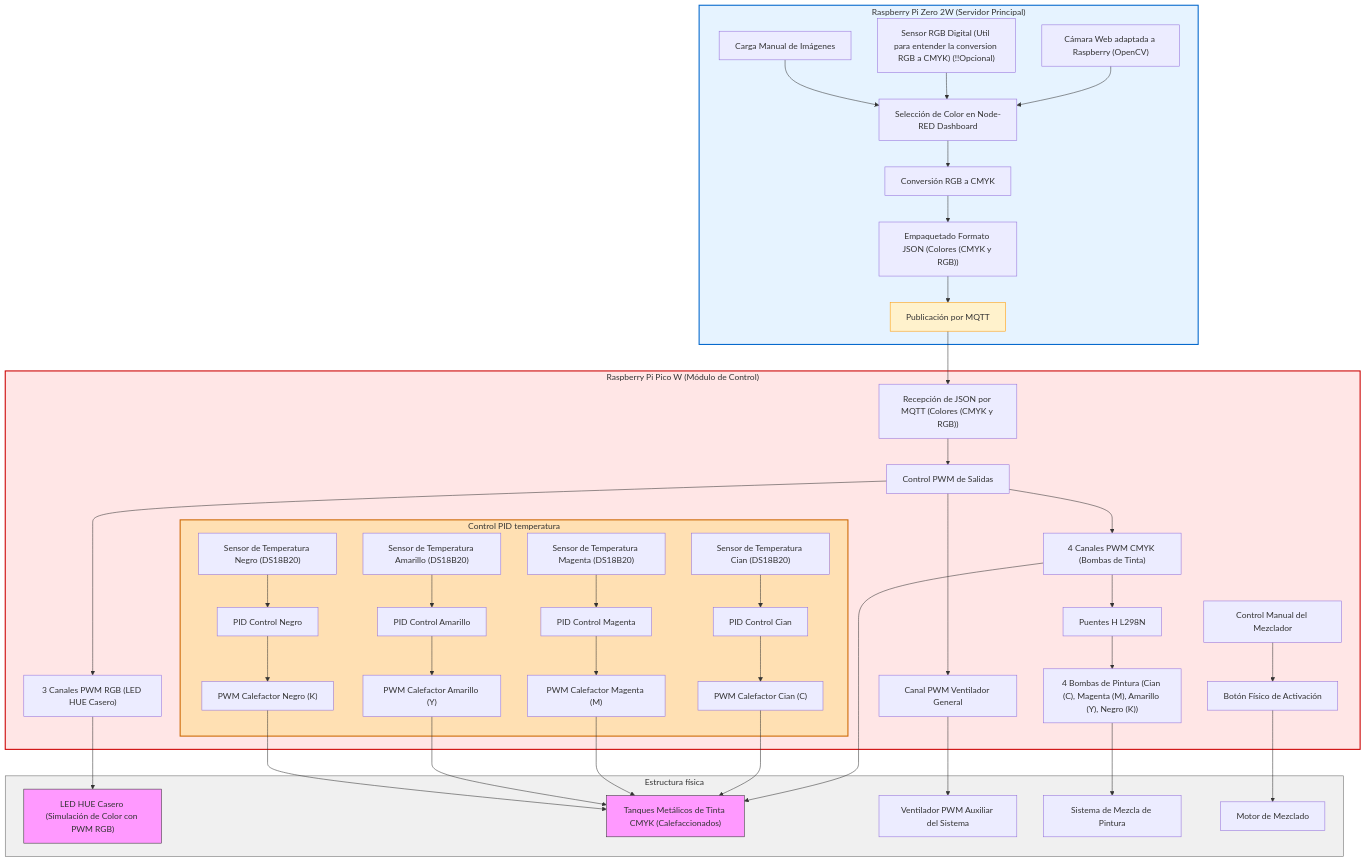
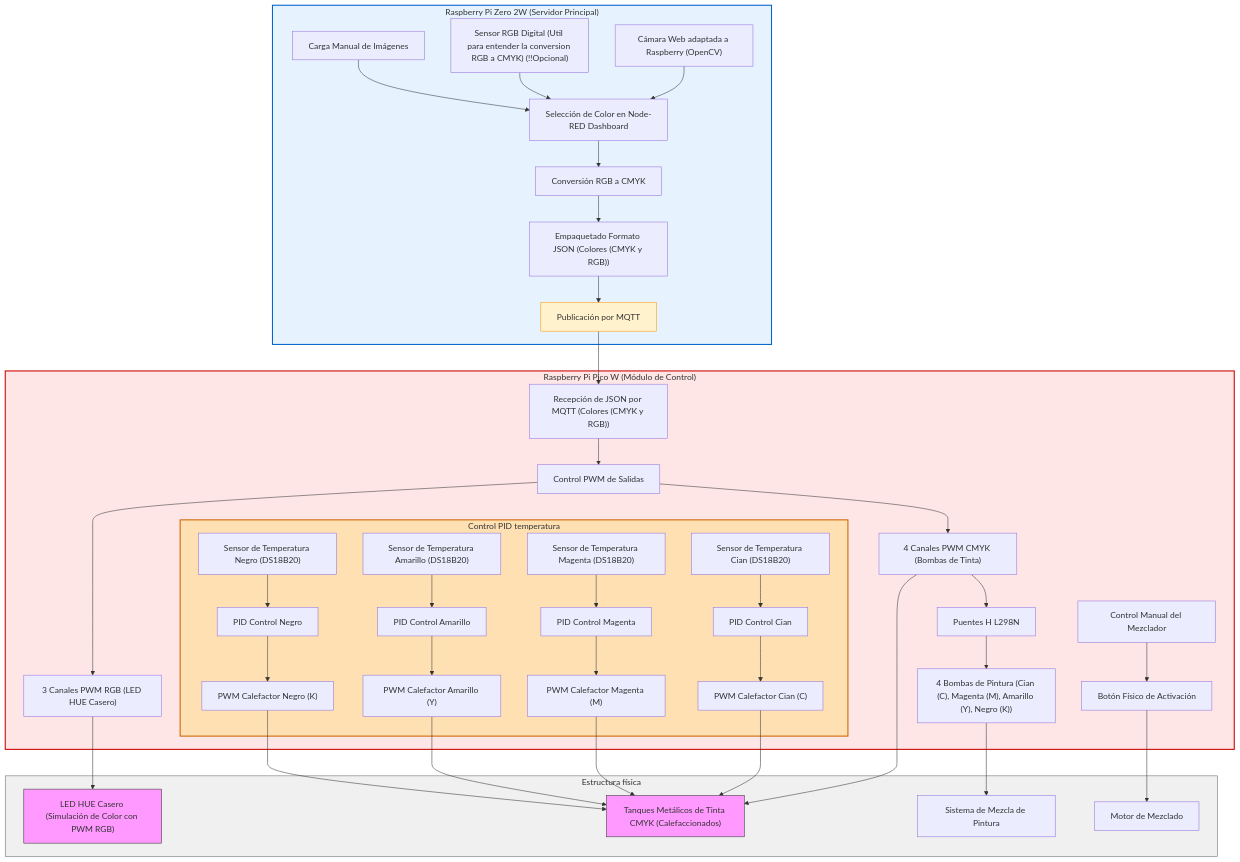
Before and after one commit to juandsandoval8/ChromaPID: the diagram in diagrama_MQTT.md, drawn with Mermaid.

````diff
--- a/diagrama_MQTT.md
+++ b/diagrama_MQTT.md
@@ -1,68 +1,65 @@
 ```mermaid
 flowchart TD
     %% ================= MAESTRO (Raspberry Pi Zero 2W) =================
     subgraph Maestro["Raspberry Pi Zero 2W (Servidor Principal)"]
         A["Cámara Web adaptada a Raspberry (OpenCV)"] --> B["Selección de Color en Node-RED Dashboard"]
         C["Sensor RGB Digital (Util para entender la conversion RGB a CMYK) (!!Opcional)"] --> B
         D["Carga Manual de Imágenes"] --> B
         B --> E["Conversión RGB a CMYK"]
         E --> F["Empaquetado Formato JSON (Colores (CMYK y RGB))"]
         F --> G["Publicación por MQTT"]
     end
 
     %% ================= ESCLAVO (Raspberry Pi Pico W) =================
     subgraph Esclavo["Raspberry Pi Pico W (Módulo de Control)"]
         G --> H["Recepción de JSON por MQTT (Colores (CMYK y RGB))"]
         H --> I["Control PWM de Salidas"]
 
         %% PWM
         I --> M["4 Canales PWM CMYK (Bombas de Tinta)"]
         I --> N["3 Canales PWM RGB (LED HUE Casero)"]
 
         %% Temperatura - Control Independiente
         subgraph Temperatura["Control PID temperatura"]
             J1["Sensor de Temperatura Cian (DS18B20)"] --> P1["PID Control Cian"]
             J2["Sensor de Temperatura Magenta (DS18B20)"] --> P2["PID Control Magenta"]
             J3["Sensor de Temperatura Amarillo (DS18B20)"] --> P3["PID Control Amarillo"]
             J4["Sensor de Temperatura Negro (DS18B20)"] --> P4["PID Control Negro"]
 
             P1 --> T1["PWM Calefactor Cian (C)"]
             P2 --> T2["PWM Calefactor Magenta (M)"]
             P3 --> T3["PWM Calefactor Amarillo (Y)"]
             P4 --> T4["PWM Calefactor Negro (K)"]
         end
 
         %% Bombas
         M --> R["Puentes H L298N"]
         R --> S["4 Bombas de Pintura (Cian (C), Magenta (M), Amarillo (Y), Negro (K))"]
 
         %% Mezclador
         L["Control Manual del Mezclador"] --> Z["Botón Físico de Activación"]
-
-        %% Ventilador Auxiliar
-        I --> O["Canal PWM Ventilador General"]
     end
 
     %% ================= PERIFÉRICOS =================
     subgraph Periféricos["Estructura física"]
         N --> U["LED HUE Casero (Simulación de Color con PWM RGB)"]
         M --> V["Tanques Metálicos de Tinta CMYK (Calefaccionados)"]
         T1 --> V
         T2 --> V
         T3 --> V
         T4 --> V
-        O --> W["Ventilador PWM Auxiliar del Sistema"]
         S --> Y["Sistema de Mezcla de Pintura"]
         Z --> X["Motor de Mezclado"]
     end
 
     %% ================= ESTILOS =================
     style Maestro fill:#e6f3ff,stroke:#0066cc,stroke-width:2px
     style Esclavo fill:#ffe6e6,stroke:#cc0000,stroke-width:2px
     style Temperatura fill:#ffe0b3,stroke:#cc6600,stroke-width:2px
     style Periféricos fill:#f0f0f0,stroke:#666,stroke-width:1px
     style G fill:#fff2cc,stroke:#ff9900,stroke-width:1px
     style V fill:#f9f,stroke:#333
     style U fill:#f9f,stroke:#333
 
+
 ```
````
